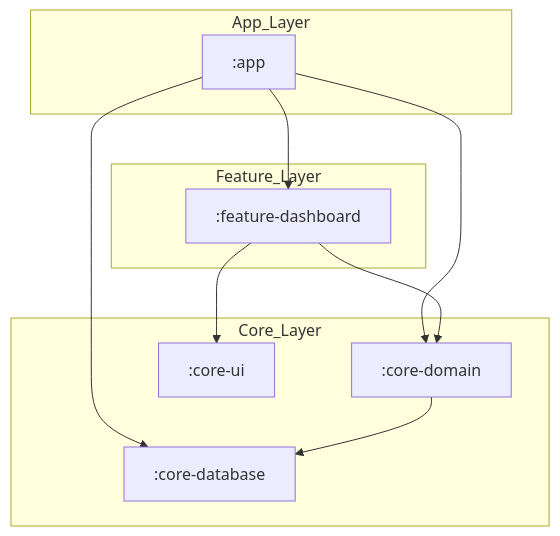
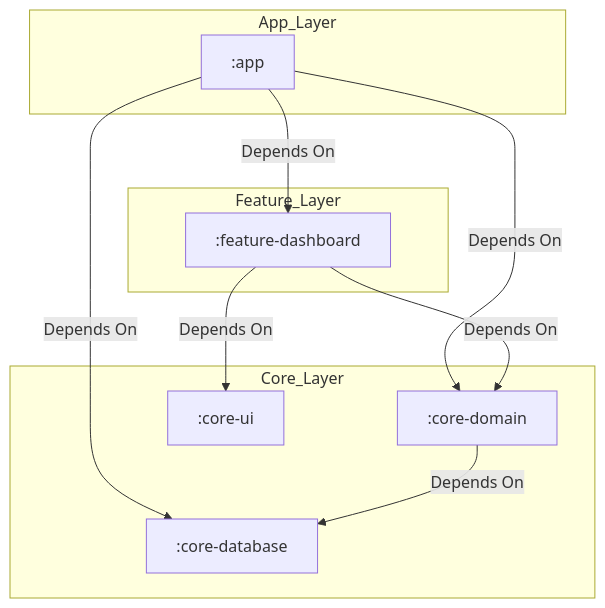
One commit to edwardlthompson/MultiAppShare- changed the diagram in README.md. Above: the diagram before and after it, drawn with Mermaid. The commit also changed other lines of this file, not shown here.

Commit message:
docs: evolve README for modular architecture and FOSS statements

````diff
--- a/README.md
+++ b/README.md
@@ -34,23 +38,23 @@
 ```mermaid
 graph TD
     subgraph App_Layer
         A[":app"] 
     end
 
     subgraph Feature_Layer
         B[":feature-dashboard"]
     end
 
     subgraph Core_Layer
         C[":core-domain"]
         D[":core-database"]
         E[":core-ui"]
     end
 
-    A --> B
-    A --> C
-    A --> D
-    B --> C
-    B --> E
-    C --> D
+    A -->|Depends On| B
+    A -->|Depends On| C
+    A -->|Depends On| D
+    B -->|Depends On| C
+    B -->|Depends On| E
+    C -->|Depends On| D
 ```
````
